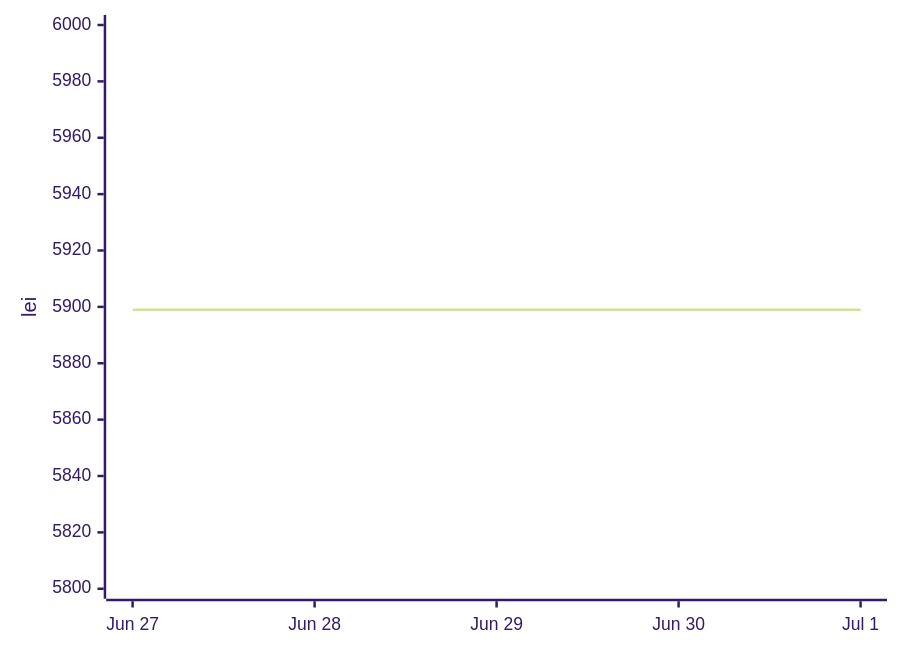
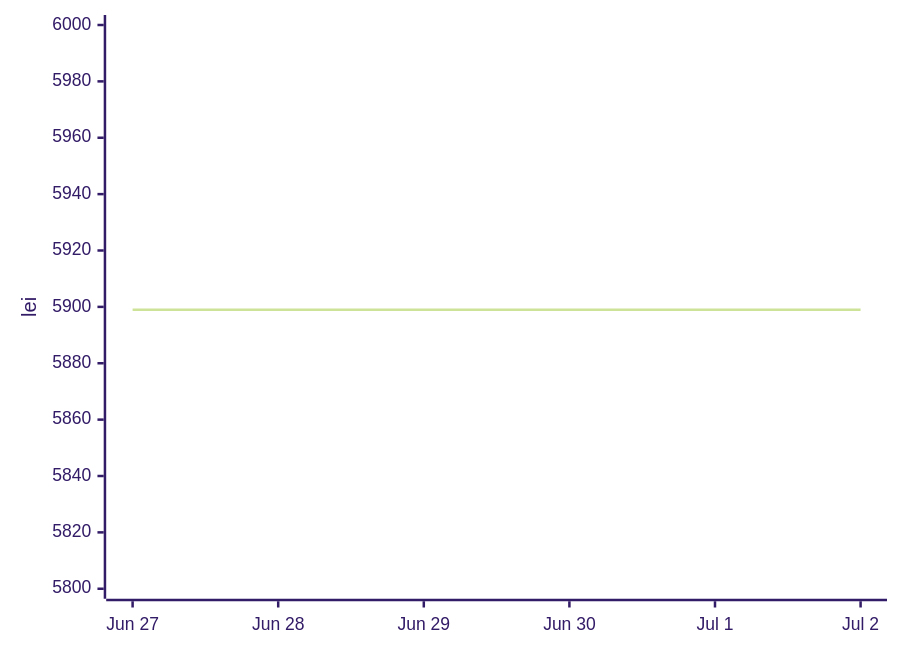
The second of 2 diagrams in README.md (anagheioan/laptop-price-monitor), drawn with Mermaid (forest theme) before and after one commit. The commit also changed other lines of this file and 1 other file, not shown here.

Commit message:
Price check 2026-07-02

````diff
--- a/README.md
+++ b/README.md
@@ -29,6 +29,6 @@
 ```mermaid
 xychart-beta
-    x-axis ["Jun 27", "Jun 28", "Jun 29", "Jun 30", "Jul 1"]
+    x-axis ["Jun 27", "Jun 28", "Jun 29", "Jun 30", "Jul 1", "Jul 2"]
     y-axis "lei" 5800 --> 6000
-    line [5899.0, 5899.0, 5899.0, 5899.0, 5899.0]
+    line [5899.0, 5899.0, 5899.0, 5899.0, 5899.0, 5899.0]
 ```
````
